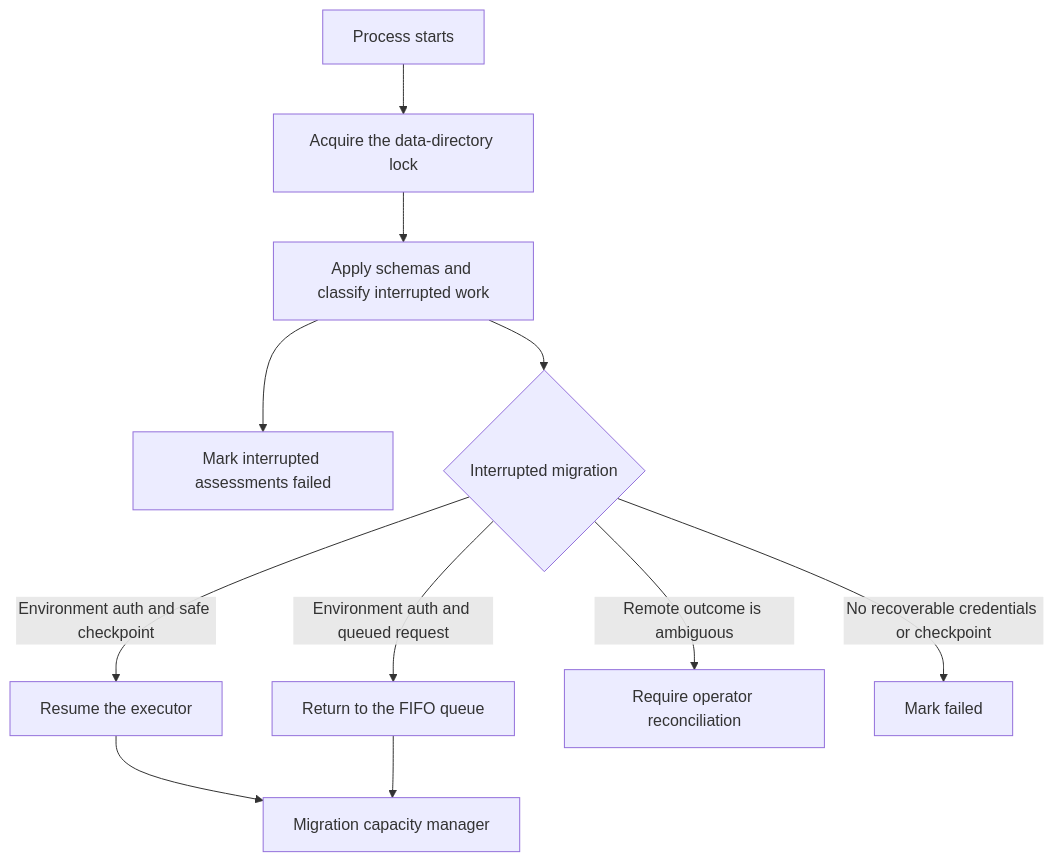
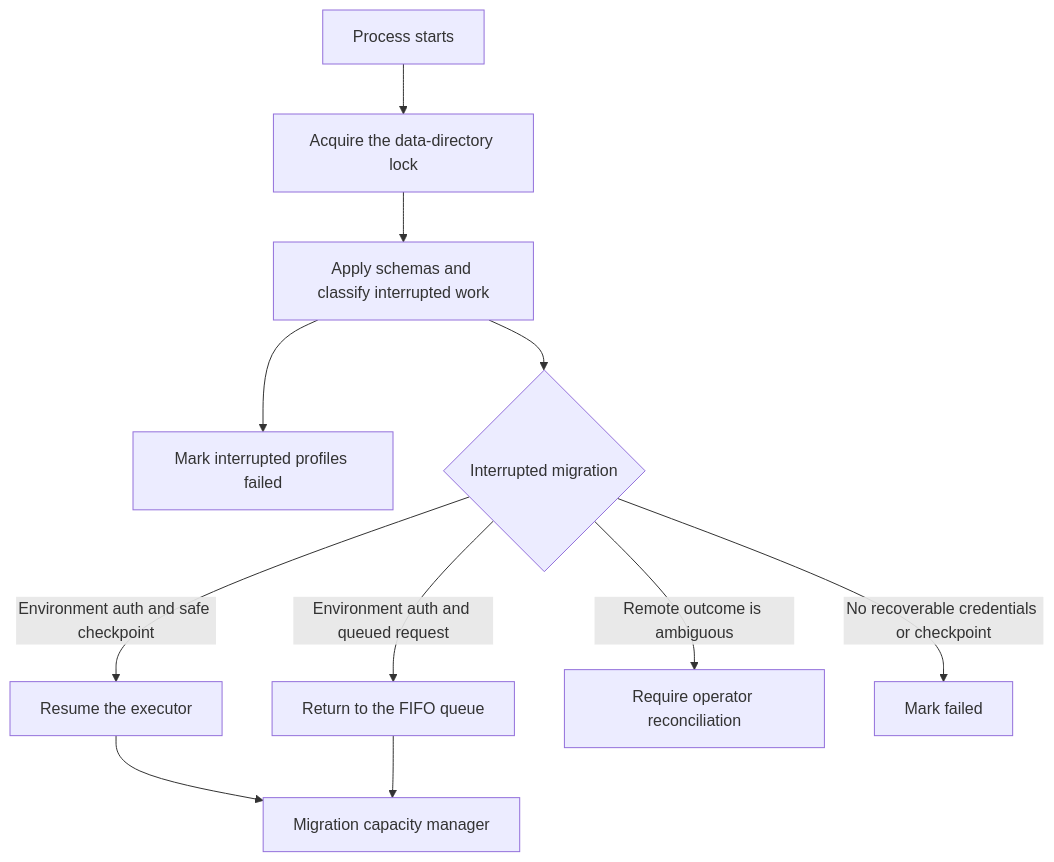
The third of 3 diagrams in docs/architecture.md (cvega/github-migration), drawn with Mermaid before and after one commit. The commit also changed other lines of this file and 19 other files, not shown here.

````diff
--- a/docs/architecture.md
+++ b/docs/architecture.md
@@ -128,13 +128,13 @@
 ```mermaid
 flowchart TD
 	Start[Process starts] --> Lock[Acquire the data-directory lock]
 	Lock --> Schema[Apply schemas and classify interrupted work]
-	Schema --> Profiles[Mark interrupted assessments failed]
+	Schema --> Profiles[Mark interrupted profiles failed]
 	Schema --> Migration{Interrupted migration}
 	Migration -->|Environment auth and safe checkpoint| Resume[Resume the executor]
 	Migration -->|Environment auth and queued request| Requeue[Return to the FIFO queue]
 	Migration -->|Remote outcome is ambiguous| Review[Require operator reconciliation]
 	Migration -->|No recoverable credentials or checkpoint| Fail[Mark failed]
 	Resume --> Queue[Migration capacity manager]
 	Requeue --> Queue
 ```
````
